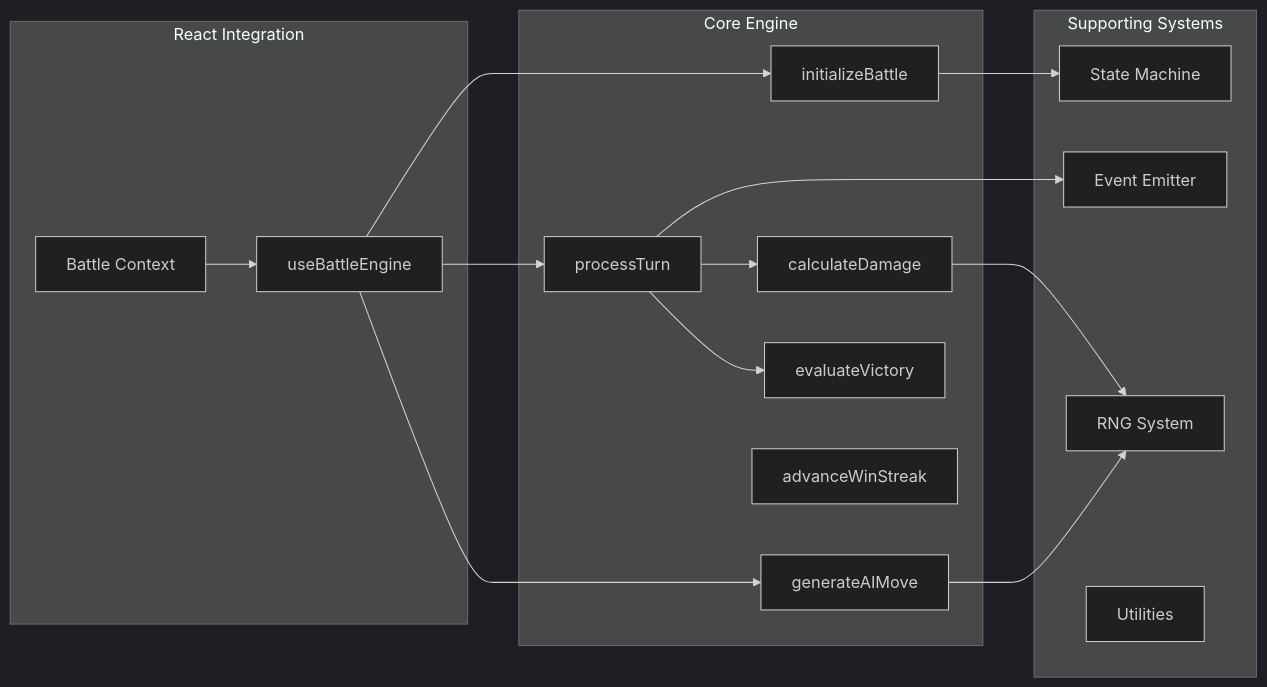
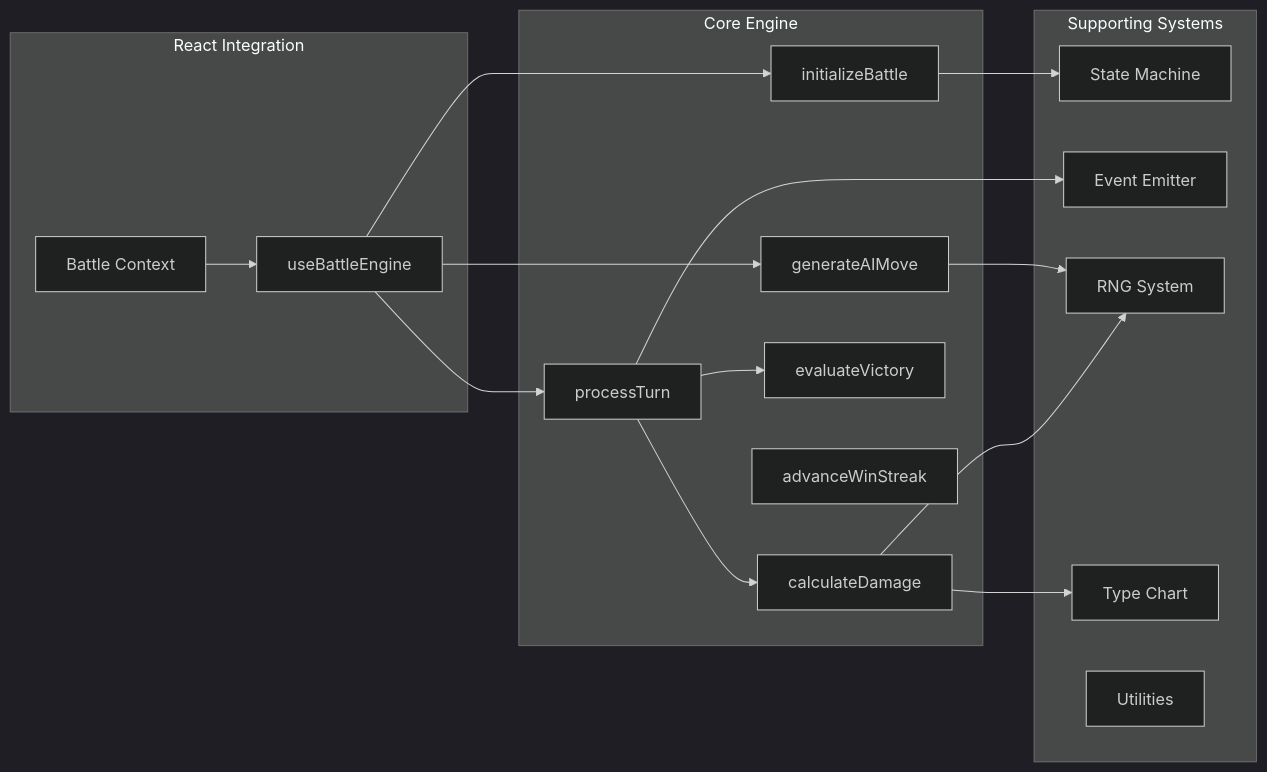
One commit to didier3529/crookmon-game changed the fourth of 14 diagrams in TECHNICAL_ARCHITECTURE.md. Above: the diagram before and after it, drawn with Mermaid (dark theme). The commit also changed other lines of this file, not shown here.

First line of the commit message:
docs: update TECHNICAL_ARCHITECTURE.md with latest changes

````diff
--- a/TECHNICAL_ARCHITECTURE.md
+++ b/TECHNICAL_ARCHITECTURE.md
@@ -85,35 +239,37 @@
 ```mermaid
 graph LR
     subgraph "Core Engine"
         Init[initializeBattle]
         Process[processTurn]
         AI[generateAIMove]
         Damage[calculateDamage]
         Victory[evaluateVictory]
         WinStreak[advanceWinStreak]
     end
 
     subgraph "Supporting Systems"
         SM[State Machine]
         EE[Event Emitter]
         RNG[RNG System]
+        Types[Type Chart]
         Utils[Utilities]
     end
 
     subgraph "React Integration"
         Hook[useBattleEngine]
         Context[Battle Context]
     end
 
     Init --> SM
     Process --> Damage
     Process --> Victory
     Process --> EE
     AI --> RNG
     Damage --> RNG
+    Damage --> Types
 
     Hook --> Init
     Hook --> Process
     Hook --> AI
     Context --> Hook
 ```
````
